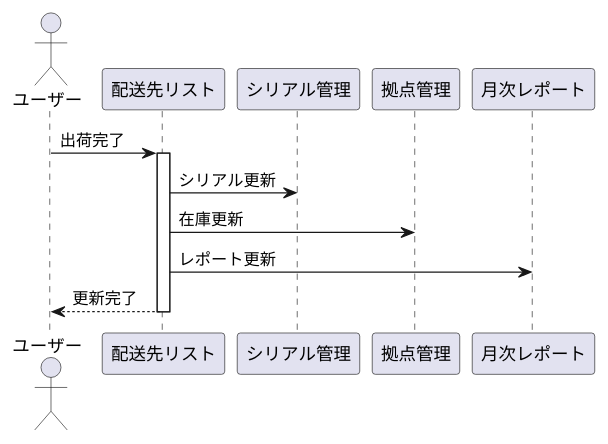
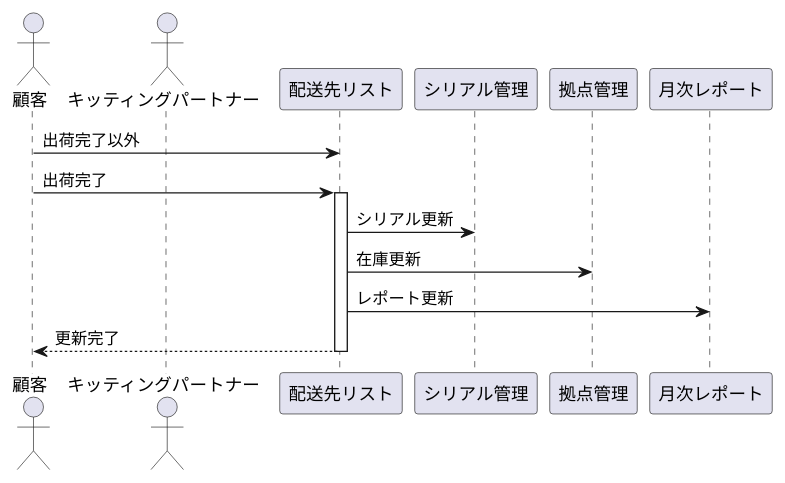
One commit to kintone-dev/kintone_mng-prod changed the diagram in docs/シーケンス図/シーケンス図.md. Above: the diagram before and after it, drawn with PlantUML. The commit also changed 2 other files, not shown here.

Commit message:
docs 更新

````diff
--- a/docs/シーケンス図/シーケンス図.md
+++ b/docs/シーケンス図/シーケンス図.md
@@ -7,17 +7,19 @@
 ```plantuml
 @startuml
 
-actor ユーザー as user1
+actor 顧客 as user1
+actor キッティングパートナー as user2
 participant "配送先リスト" as delivery
 participant "シリアル管理" as snum
 participant "拠点管理" as unit
 participant "月次レポート" as report
 
+user1 -> delivery: 出荷完了以外
 user1 -> delivery++: 出荷完了
   delivery -> snum: シリアル更新
   delivery -> unit: 在庫更新
   delivery -> report: レポート更新
 return 更新完了
 
 @enduml
 ```
````
